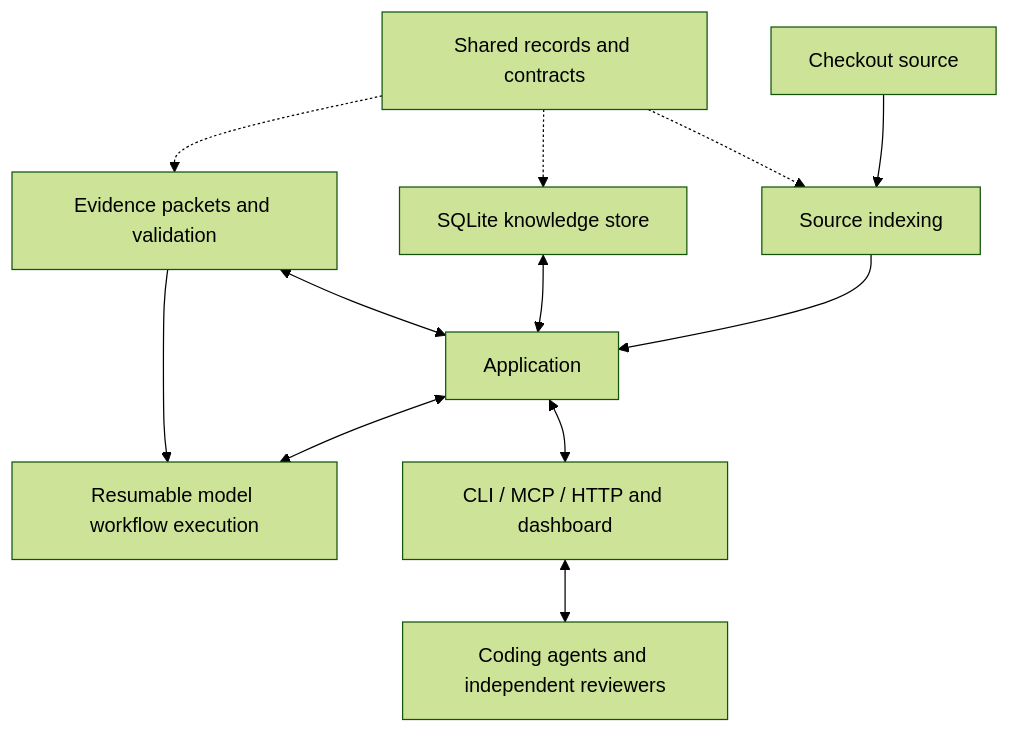
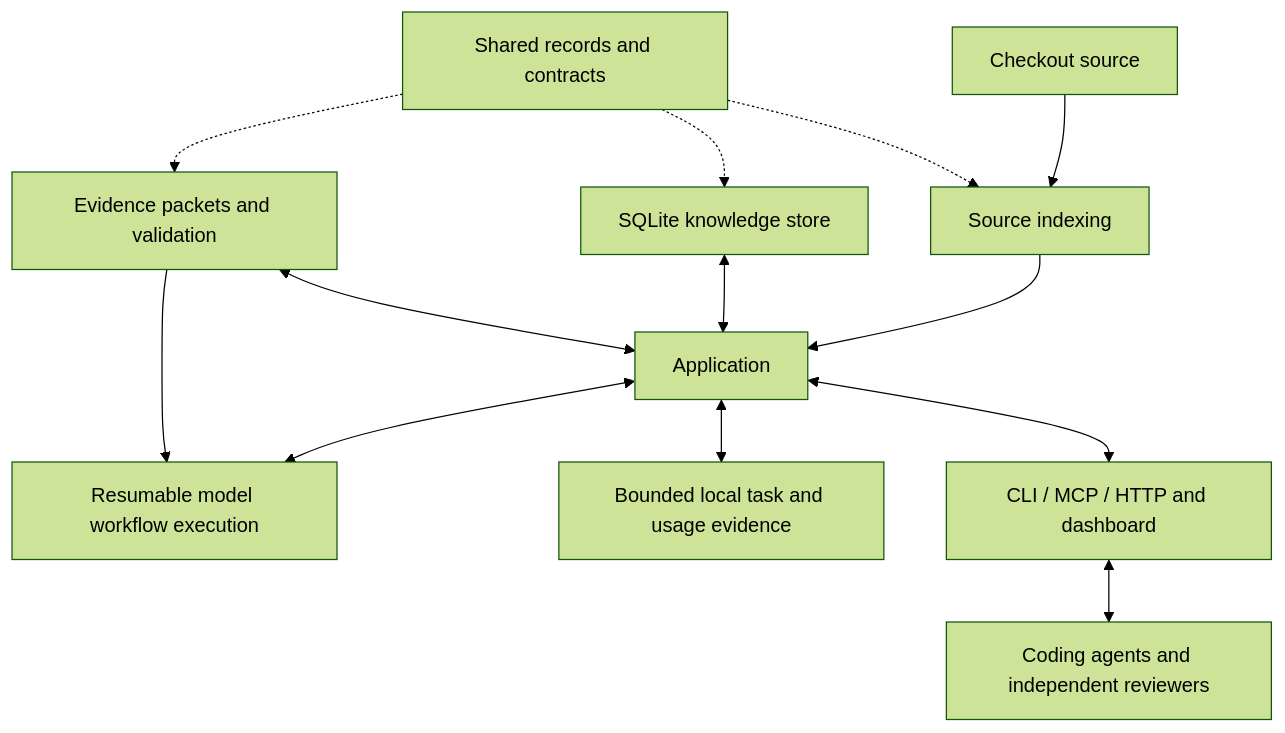
The diagram in docs/architecture.md (hcekne/anaxigraph-v2), drawn with Mermaid (forest theme) before and after one commit. The commit also changed other lines of this file and 31 other files, not shown here.

````diff
--- a/docs/architecture.md
+++ b/docs/architecture.md
@@ -21,14 +21,15 @@
 ```mermaid
 flowchart TB
     Source[Checkout source] --> Indexing[Source indexing]
     Contracts[Shared records and contracts] -.-> Indexing
     Contracts -.-> Storage[SQLite knowledge store]
     Contracts -.-> Analysis[Evidence packets and validation]
     Indexing --> App[Application]
     Storage <--> App
     Analysis <--> App
     App <--> Execution[Resumable model workflow execution]
+    App <--> Evidence[Bounded local task and usage evidence]
     Analysis --> Execution
     App <--> Interfaces[CLI / MCP / HTTP and dashboard]
     Interfaces <--> Agents[Coding agents and independent reviewers]
 ```
````
